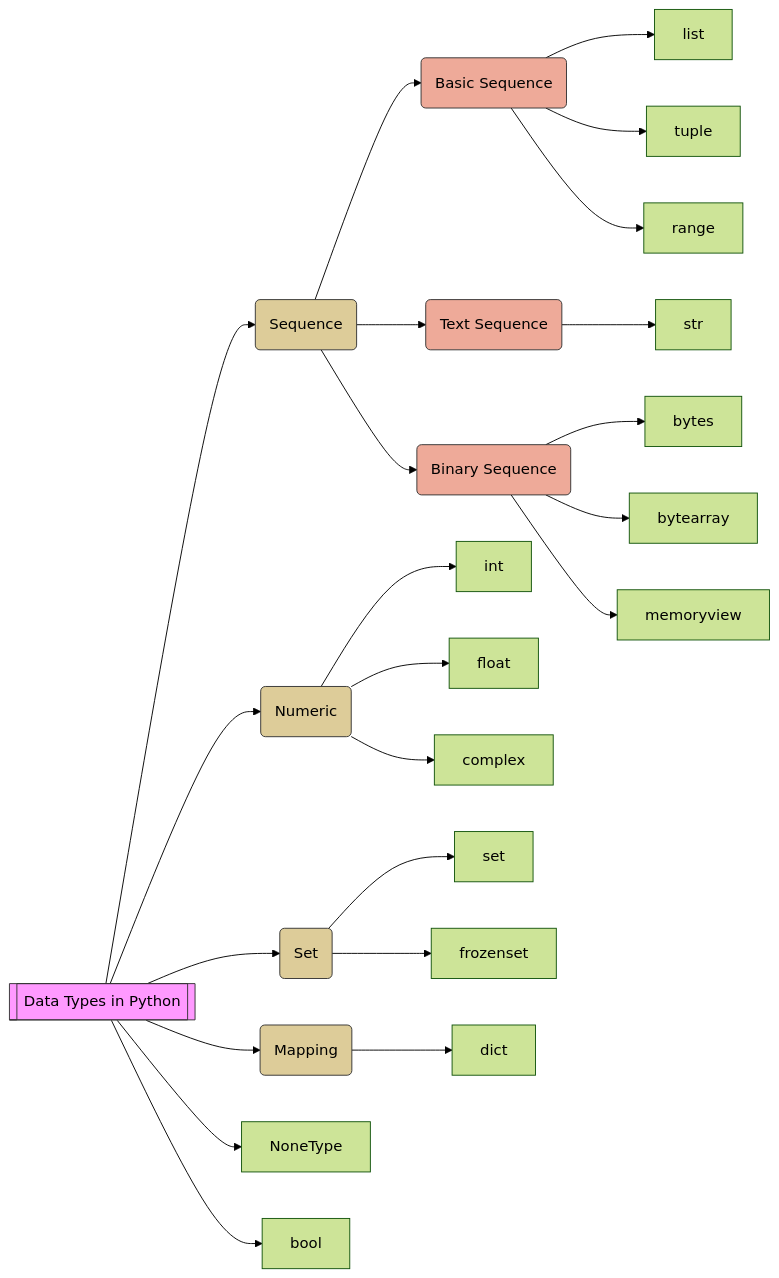
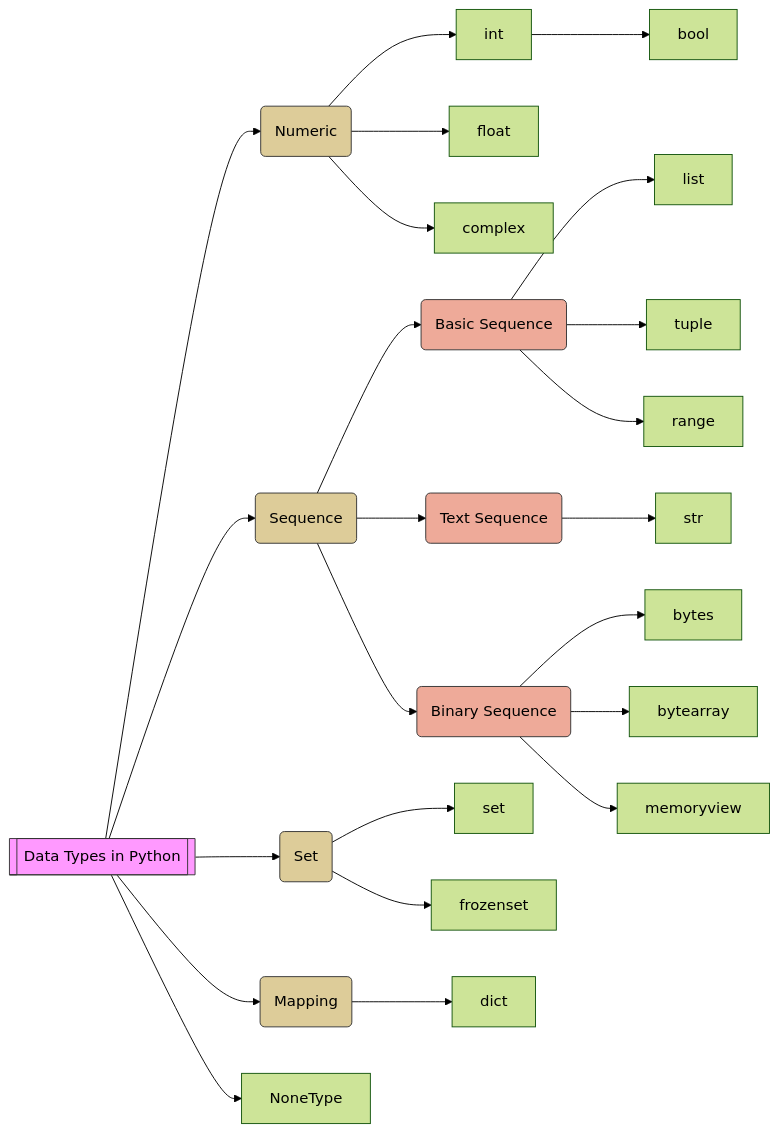
The second of 2 diagrams in flask/03.變數與資料型別.md (peterju/hackmd), drawn with Mermaid (forest theme) before and after one commit. The commit also changed other lines of this file, not shown here.

````diff
--- a/flask/03.變數與資料型別.md
+++ b/flask/03.變數與資料型別.md
@@ -51,26 +306,27 @@
 ``` mermaid
 graph LR
 classDef top fill:#f9f,stroke:#333;
 classDef sec fill:#dc9,stroke:#333;
 classDef thi fill:#ea9,stroke:#333;
 
 DT[[Data Types in Python]]:::top
 Num(Numeric):::sec
 Seq(Sequence):::sec
 Set(Set):::sec
 Map(Mapping):::sec
 Non[NoneType]
 Bool[bool]
 Basic(Basic Sequence):::thi
 Text(Text Sequence):::thi
 Binary(Binary Sequence):::thi
 
-DT --> Num & Seq & Set & Map & Non & Bool
+DT --> Num & Seq & Set & Map & Non
 Num --> int & float & complex
+  int --> Bool
 Seq --> Basic & Text & Binary
     Basic --> list & tuple & range
     Text --> str
     Binary -->  bytes & bytearray & memoryview
 Set --> set & frozenset
 Map --> dict
 ``` 
````
